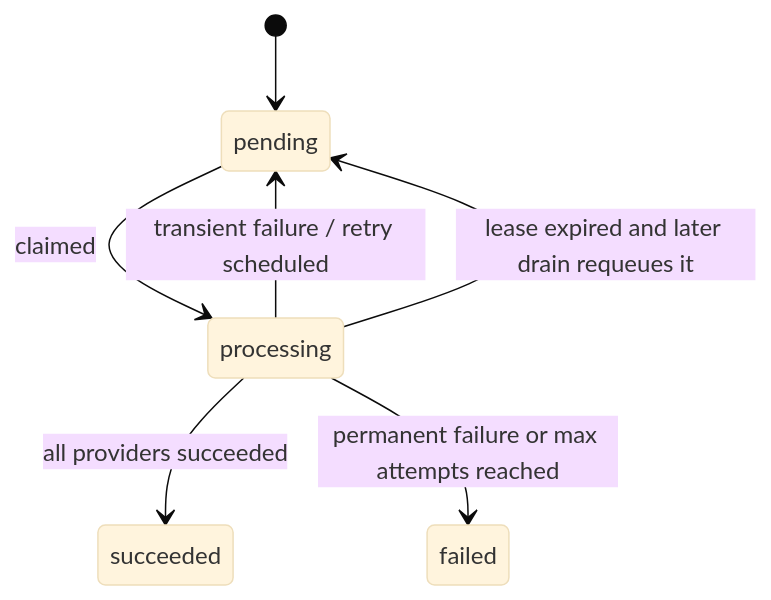
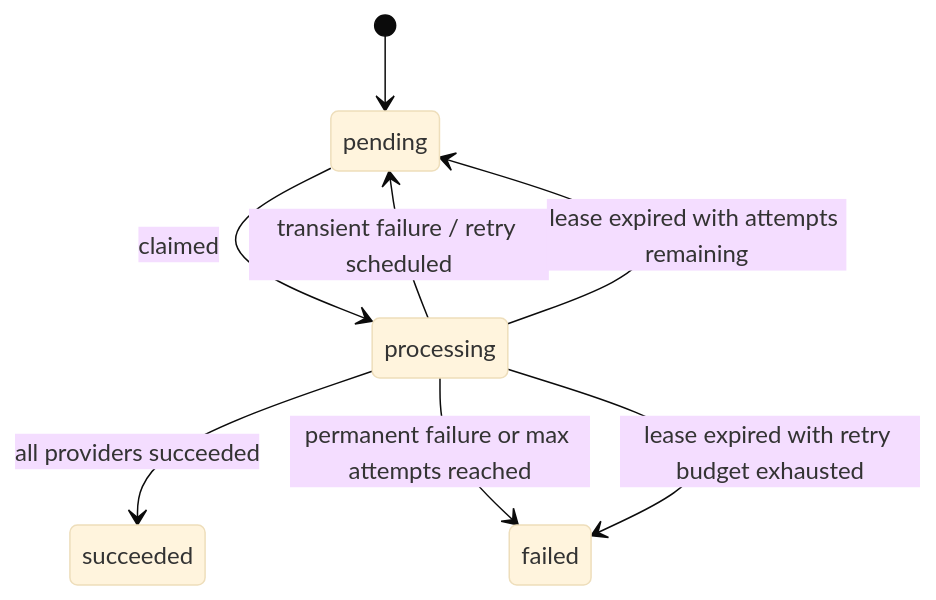
The third of 3 diagrams in docs/system-design.md (ayagmar/repo-pulse), drawn with Mermaid (base theme) before and after one commit. The commit also changed other lines of this file and 63 other files, not shown here.

````diff
--- a/docs/system-design.md
+++ b/docs/system-design.md
@@ -59,9 +59,10 @@
 ```mermaid
 stateDiagram-v2
     [*] --> pending
     pending --> processing: claimed
     processing --> succeeded: all providers succeeded
     processing --> pending: transient failure / retry scheduled
     processing --> failed: permanent failure or max attempts reached
-    processing --> pending: lease expired and later drain requeues it
+    processing --> pending: lease expired with attempts remaining
+    processing --> failed: lease expired with retry budget exhausted
 ```
````
